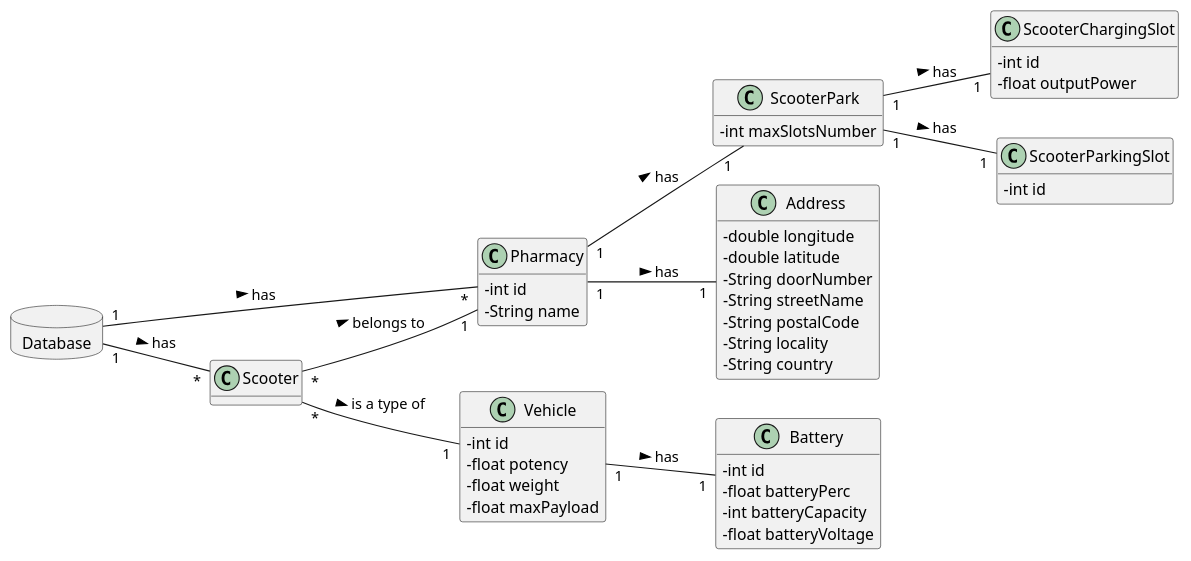
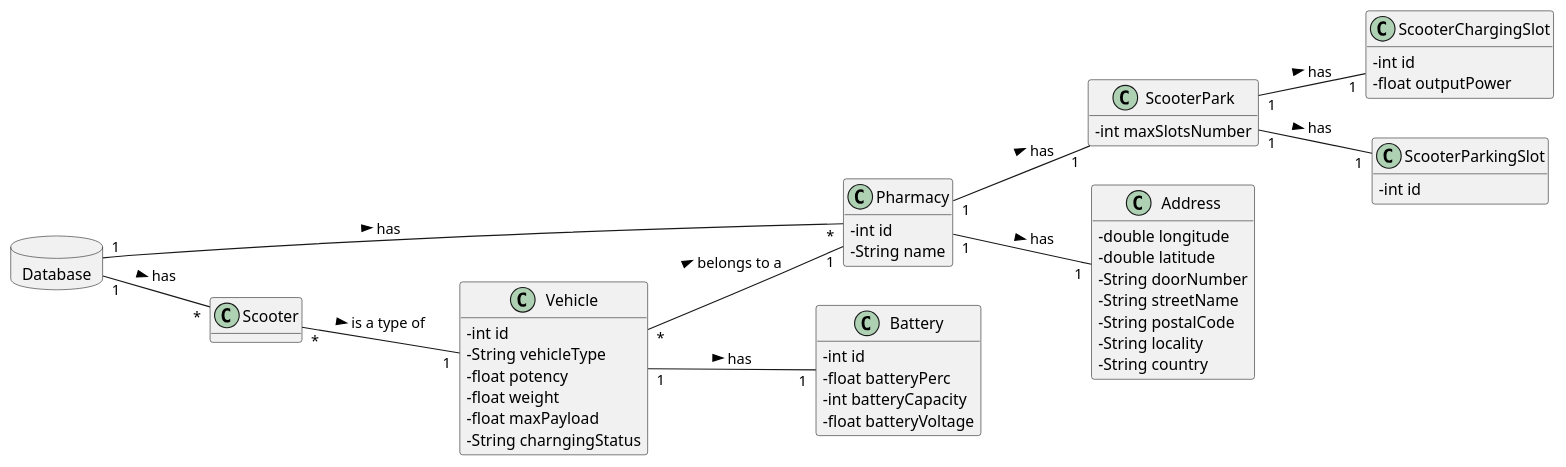
The diagram in docs/Iteration 2/Scooter Management/US32_UpdateScooter/Refinement/US32_DM.puml (tiagoavcosta25/LAPR3), drawn with PlantUML before and after one commit. The commit also changed 28 other files, not shown here.

```diff
--- a/docs/Iteration 2/Scooter Management/US32_UpdateScooter/Refinement/US32_DM.puml
+++ b/docs/Iteration 2/Scooter Management/US32_UpdateScooter/Refinement/US32_DM.puml
@@ -1,65 +1,67 @@
 @startuml
 skinparam classAttributeIconSize 0
 hide methods
 left to right direction
 
 database Database {
 }
 
 class Pharmacy {
   -int id
   -String name
 }
 
 class ScooterPark{
 -   int maxSlotsNumber
 }
 
 class ScooterChargingSlot{
 -   int id
 -   float outputPower
 }
 
 class ScooterParkingSlot{
 -   int id
 }
 
 class Scooter{
 }
 
 class Vehicle{
   -int id
+  -String vehicleType
   -float potency
   -float weight
   -float maxPayload
+  -String charngingStatus
 }
 
 class Battery{
   -int id
   -float batteryPerc
   -int batteryCapacity
   -float batteryVoltage
 }
 
 class Address{
   -double longitude
   -double latitude
   -String doorNumber
   -String streetName
   -String postalCode
   -String locality
   -String country
 }
 
 
 
 Database "1" -- "*" Pharmacy : has >
 Database "1" -- "*" Scooter : has >
-Scooter "*" -- "1" Pharmacy : belongs to >
 Scooter "*" -- "1" Vehicle : is a type of >
 Vehicle "1" -- "1" Battery : has >
+Vehicle "*" -- "1" Pharmacy : belongs to a >
 Pharmacy "1" -- "1" Address : has >
 Pharmacy "1" -- "1" ScooterPark : has >
 ScooterPark "1" -- "1" ScooterChargingSlot : has >
 ScooterPark "1" -- "1" ScooterParkingSlot : has >
 @enduml
```
